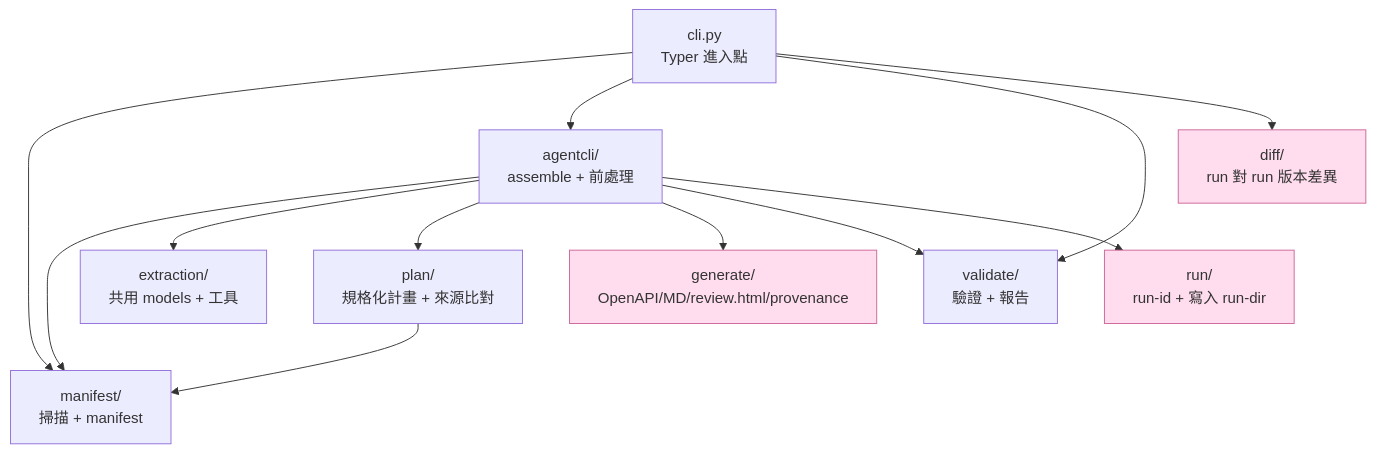
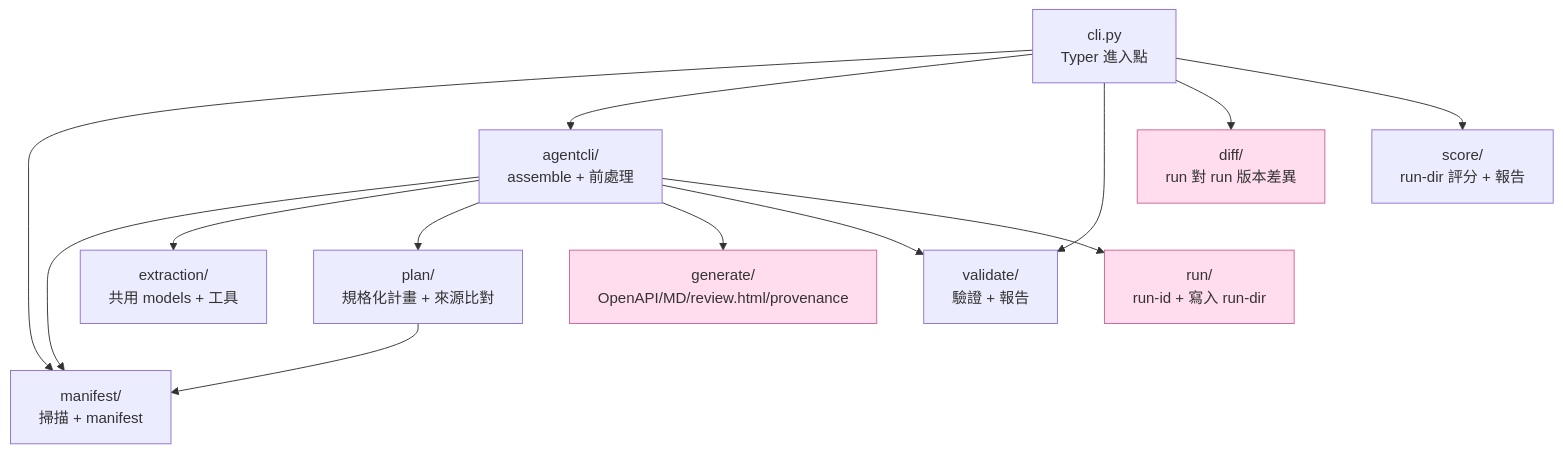
One commit to CarlLee1983/loop-apidoc changed the second of 2 diagrams in docs/ARCHITECTURE.md. Above: the diagram before and after it, drawn with Mermaid. The commit also changed other lines of this file and 1 other file, not shown here.

First line of the commit message:
Document score reports as a first-class run artifact

````diff
--- a/docs/ARCHITECTURE.md
+++ b/docs/ARCHITECTURE.md
@@ -48,21 +52,22 @@
 ```mermaid
 flowchart TD
     cli[cli.py<br/>Typer 進入點]
 
     cli --> manifest[manifest/<br/>掃描 + manifest]
     cli --> agentcli[agentcli/<br/>assemble + 前處理]
     cli --> validate[validate/<br/>驗證 + 報告]
     cli --> diff[diff/<br/>run 對 run 版本差異]
+    cli --> score[score/<br/>run-dir 評分 + 報告]
 
     agentcli --> manifest
     agentcli --> extraction[extraction/<br/>共用 models + 工具]
     agentcli --> plan[plan/<br/>規格化計畫 + 來源比對]
     agentcli --> generate[generate/<br/>OpenAPI/MD/review.html/provenance]
     agentcli --> validate
     agentcli --> run[run/<br/>run-id + 寫入 run-dir]
 
     plan --> manifest
 
     classDef io fill:#fde,stroke:#c69
     class generate,run,diff io
 ```
````
